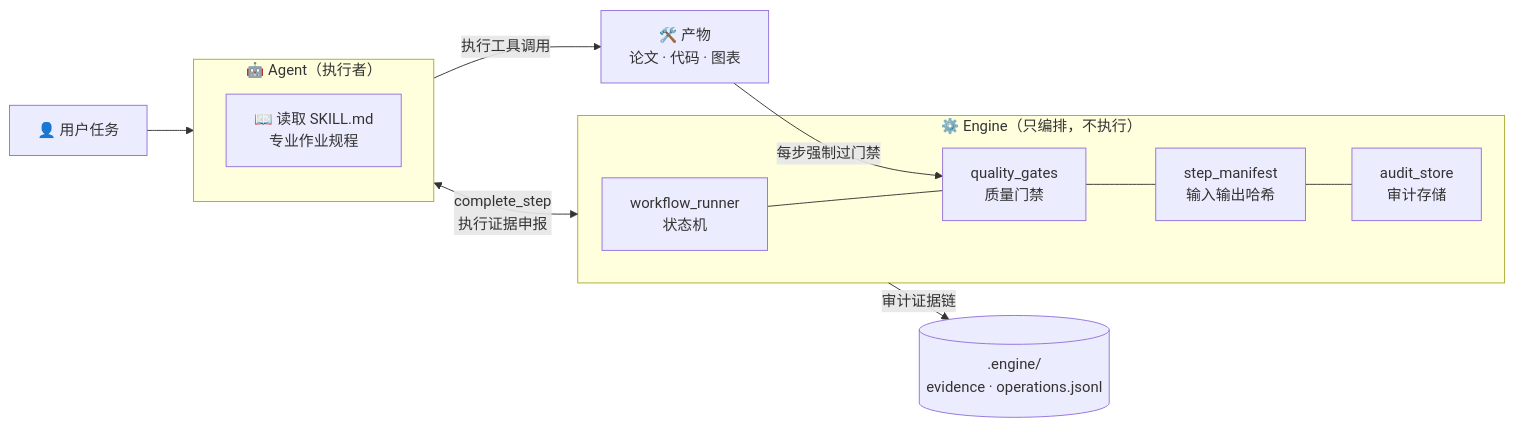
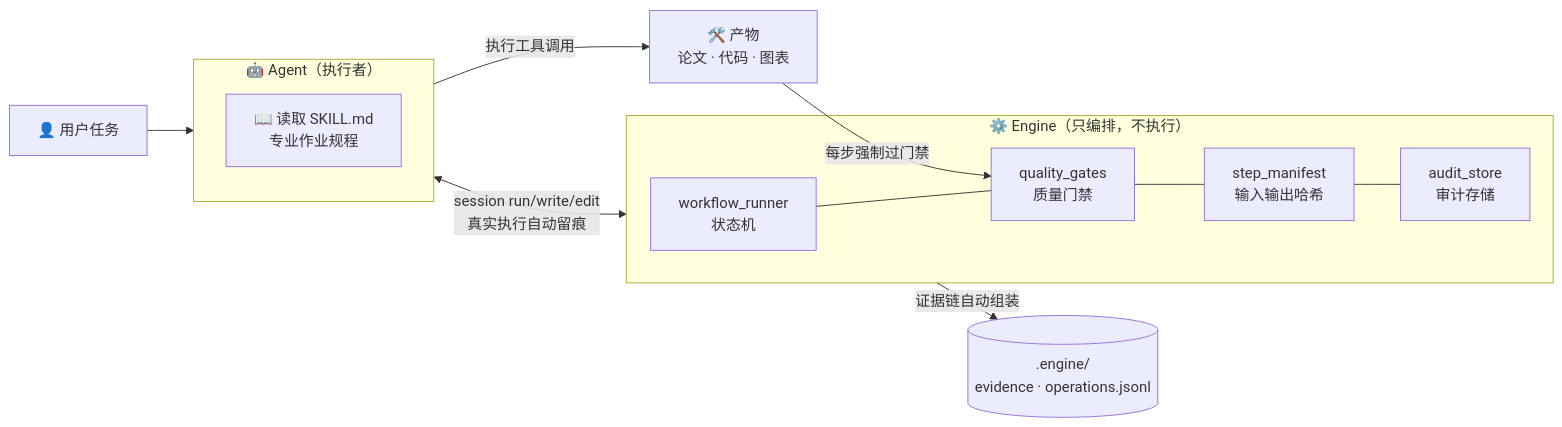
The diagram in README.md (FOURTEEN1416/academic-agent-toolkit), drawn with Mermaid before and after one commit. The commit also changed other lines of this file and 31 other files, not shown here.

````diff
--- a/README.md
+++ b/README.md
@@ -89,16 +102,16 @@
 ```mermaid
 flowchart LR
     U["👤 用户任务"] --> A
     subgraph A["🤖 Agent（执行者）"]
         S["📖 读取 SKILL.md<br/>专业作业规程"]
     end
     A -->|"执行工具调用"| W["🛠️ 产物<br/>论文 · 代码 · 图表"]
-    A <-->|"complete_step<br/>执行证据申报"| E
+    A <-->|"session run/write/edit<br/>真实执行自动留痕"| E
     subgraph E["⚙️ Engine（只编排，不执行）"]
         R["workflow_runner<br/>状态机"] --- G["quality_gates<br/>质量门禁"]
         G --- M["step_manifest<br/>输入输出哈希"]
         M --- AU["audit_store<br/>审计存储"]
     end
     W -->|"每步强制过门禁"| G
-    E -->|"审计证据链"| D[(".engine/<br/>evidence · operations.jsonl")]
+    E -->|"证据链自动组装"| D[(".engine/<br/>evidence · operations.jsonl")]
 ```
````
